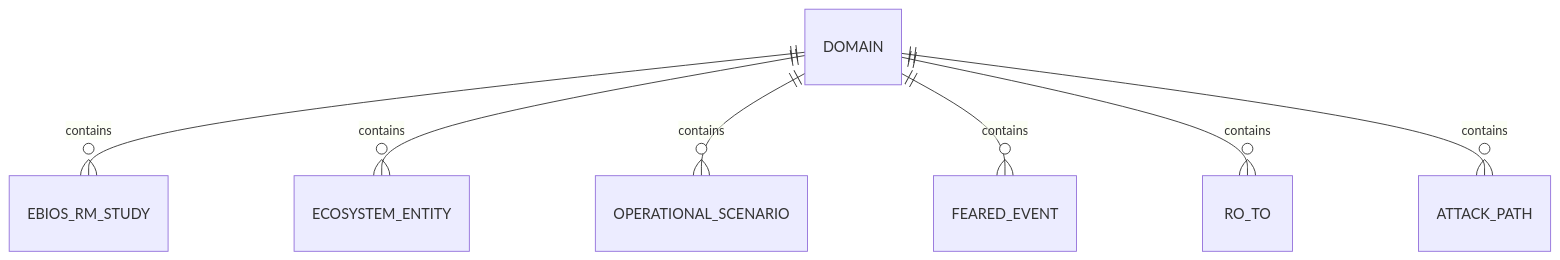
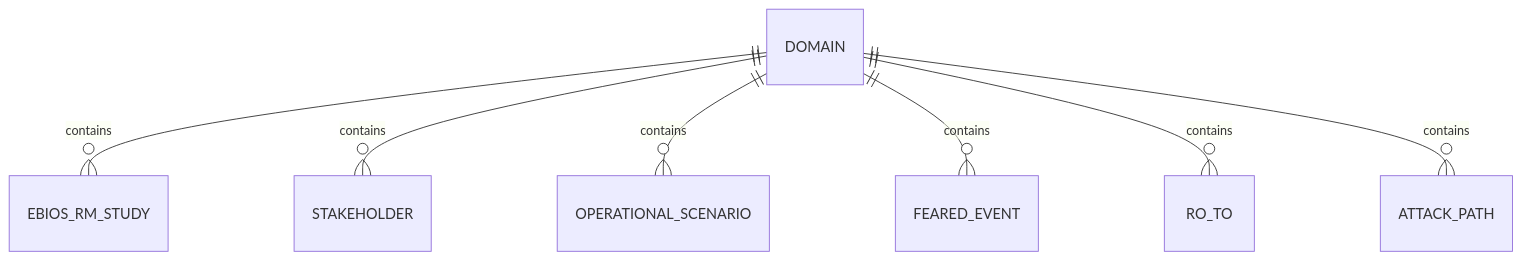
Before and after one commit to intuitem/ciso-assistant-community: the ninth of 10 diagrams in documentation/architecture/data-model.md, drawn with Mermaid. The commit also changed other lines of this file, not shown here.

````diff
--- a/documentation/architecture/data-model.md
+++ b/documentation/architecture/data-model.md
@@ -1246,10 +1246,10 @@
 ```mermaid
 erDiagram
     DOMAIN                ||--o{ EBIOS_RM_STUDY       : contains
-    DOMAIN                ||--o{ ECOSYSTEM_ENTITY     : contains
+    DOMAIN                ||--o{ STAKEHOLDER     : contains
     DOMAIN                ||--o{ OPERATIONAL_SCENARIO : contains
     DOMAIN                ||--o{ FEARED_EVENT         : contains
     DOMAIN                ||--o{ RO_TO                : contains
     DOMAIN                ||--o{ ATTACK_PATH          : contains
 
 ```
````
